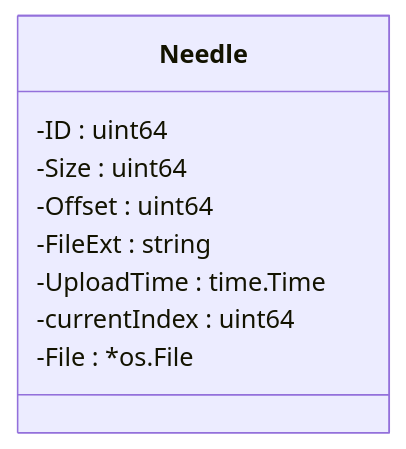
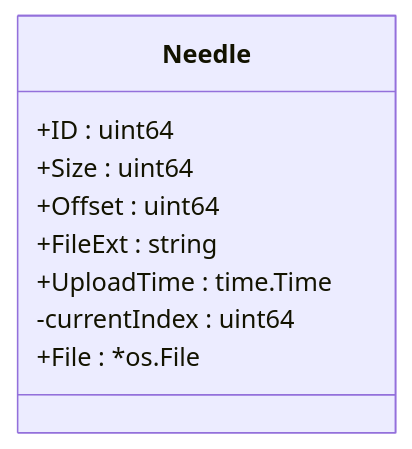
The fourth of 4 diagrams in README.md (chillsoul/piefs), drawn with Mermaid before and after one commit. The commit also changed other lines of this file and 3 other files, not shown here.

````diff
--- a/README.md
+++ b/README.md
@@ -57,12 +80,12 @@
 ```mermaid
 classDiagram
 class Needle{
-	-ID : uint64
-    -Size : uint64
-    -Offset : uint64
-    -FileExt : string
-    -UploadTime : time.Time
+	+ID : uint64
+    +Size : uint64
+    +Offset : uint64
+    +FileExt : string
+    +UploadTime : time.Time
     -currentIndex : uint64
-    -File : *os.File
+    +File : *os.File
 }
 ```
````
